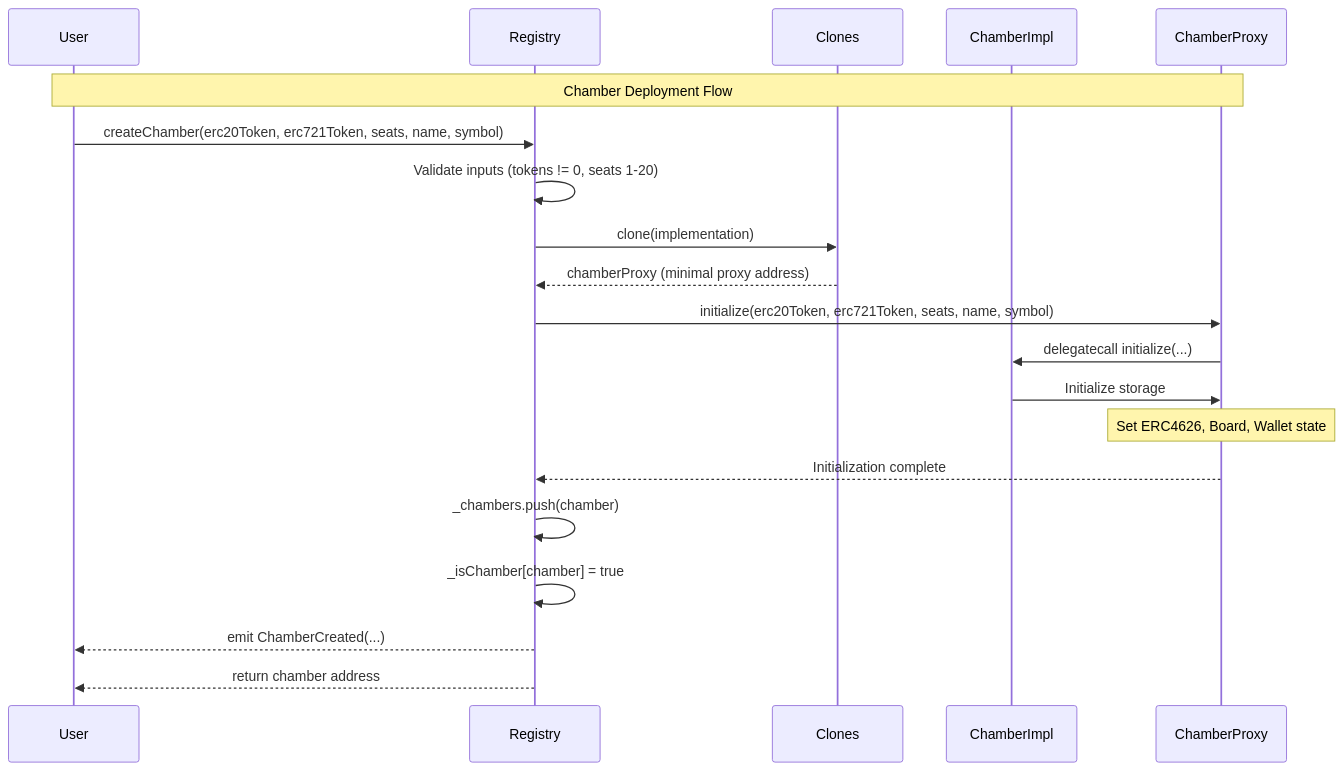
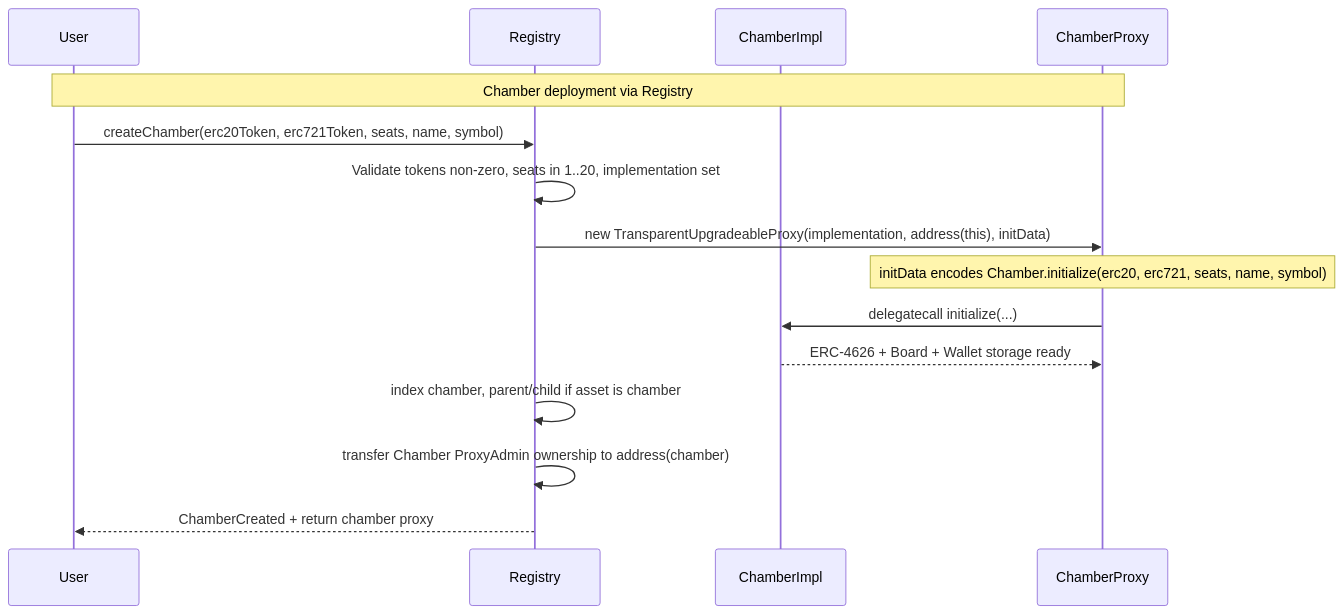
One commit to loreum-org/chamber changed the fourth of 11 diagrams in app/src/docs/reference/sequence-diagrams.md. Above: the diagram before and after it, drawn with Mermaid. The commit also changed other lines of this file and 14 other files, not shown here.

````diff
--- a/app/src/docs/reference/sequence-diagrams.md
+++ b/app/src/docs/reference/sequence-diagrams.md
@@ -237,31 +237,24 @@
 ```mermaid
 sequenceDiagram
     participant User
     participant Registry
-    participant Clones
     participant ChamberImpl
     participant ChamberProxy
 
-    Note over User,ChamberProxy: Chamber Deployment Flow
+    Note over User,ChamberProxy: Chamber deployment via Registry
 
     User->>Registry: createChamber(erc20Token, erc721Token, seats, name, symbol)
-    
-    Registry->>Registry: Validate inputs (tokens != 0, seats 1-20)
-    
-    Registry->>Clones: clone(implementation)
-    Clones-->>Registry: chamberProxy (minimal proxy address)
-    
-    Registry->>ChamberProxy: initialize(erc20Token, erc721Token, seats, name, symbol)
-    
+
+    Registry->>Registry: Validate tokens non-zero, seats in 1..20, implementation set
+
+    Registry->>ChamberProxy: new TransparentUpgradeableProxy(implementation, address(this), initData)
+    Note over ChamberProxy: initData encodes Chamber.initialize(erc20, erc721, seats, name, symbol)
+
     ChamberProxy->>ChamberImpl: delegatecall initialize(...)
-    ChamberImpl->>ChamberProxy: Initialize storage
-    Note over ChamberProxy: Set ERC4626, Board, Wallet state
-    
-    ChamberProxy-->>Registry: Initialization complete
-    
-    Registry->>Registry: _chambers.push(chamber)
-    Registry->>Registry: _isChamber[chamber] = true
-    
-    Registry-->>User: emit ChamberCreated(...)
-    Registry-->>User: return chamber address
+    ChamberImpl-->>ChamberProxy: ERC-4626 + Board + Wallet storage ready
+
+    Registry->>Registry: index chamber, parent/child if asset is chamber
+    Registry->>Registry: transfer Chamber ProxyAdmin ownership to address(chamber)
+
+    Registry-->>User: ChamberCreated + return chamber proxy
 ```
````
